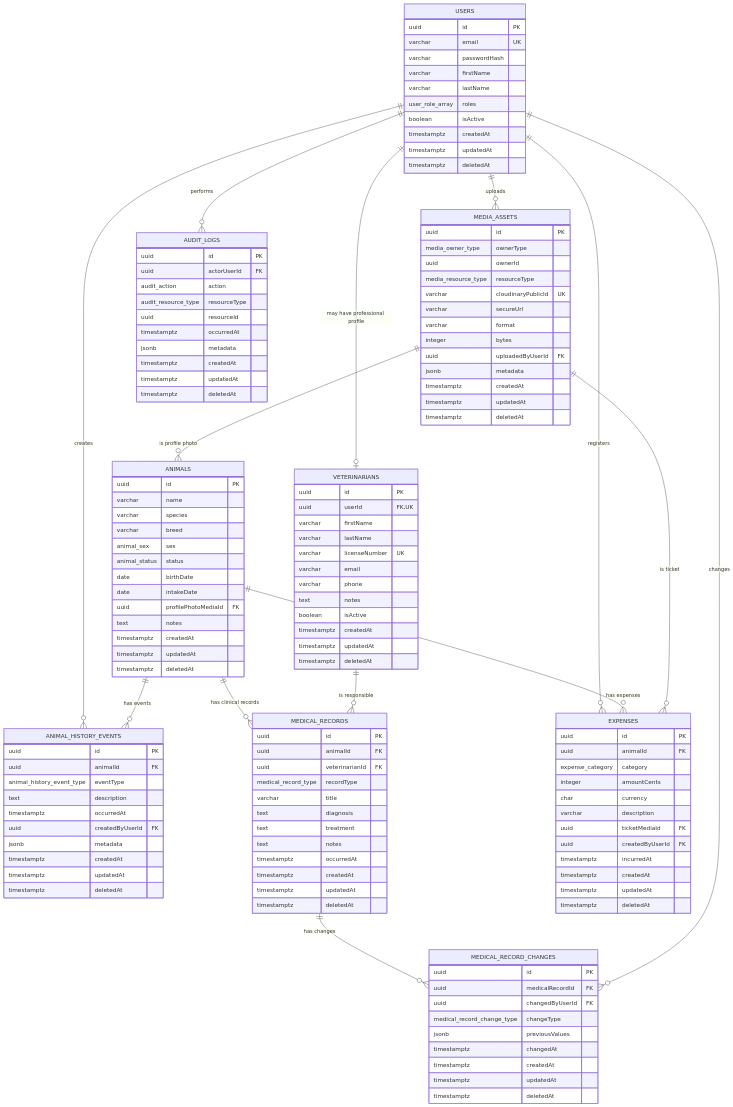
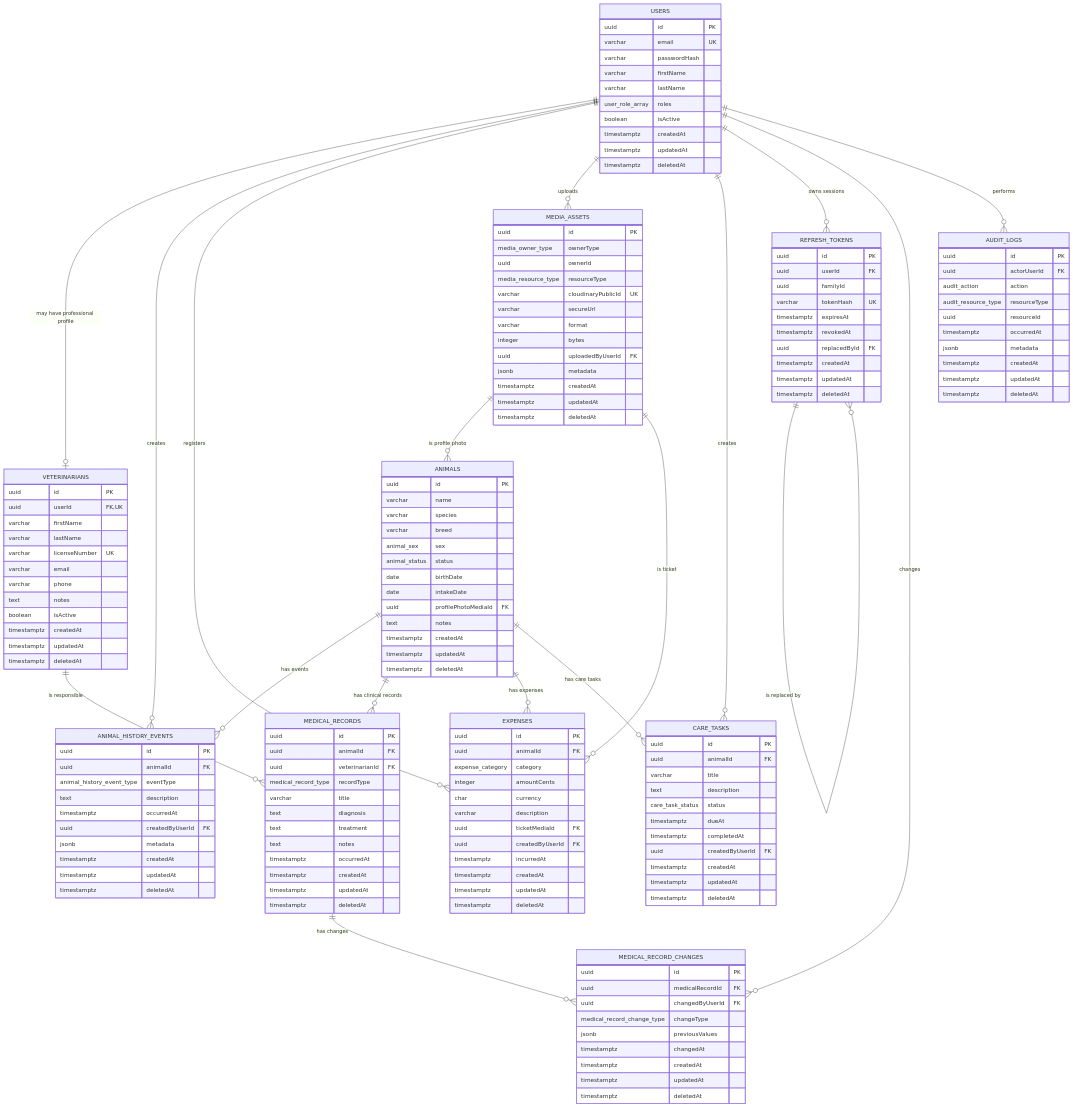
Before and after one commit to andresborregoit/refugiapp: the diagram in architecture.md, drawn with Mermaid. The commit also changed other lines of this file and 52 other files, not shown here.

Commit message:
Feat(BE):E2E de dashboard, care-tasks y rotación concurrente de refresh tokens.RFG-60

```diff
--- a/architecture.md
+++ b/architecture.md
@@ -782,6 +863,33 @@
         timestamptz deletedAt
     }
 
+    CARE_TASKS {
+        uuid id PK
+        uuid animalId FK
+        varchar title
+        text description
+        care_task_status status
+        timestamptz dueAt
+        timestamptz completedAt
+        uuid createdByUserId FK
+        timestamptz createdAt
+        timestamptz updatedAt
+        timestamptz deletedAt
+    }
+
+    REFRESH_TOKENS {
+        uuid id PK
+        uuid userId FK
+        uuid familyId
+        varchar tokenHash UK
+        timestamptz expiresAt
+        timestamptz revokedAt
+        uuid replacedById FK
+        timestamptz createdAt
+        timestamptz updatedAt
+        timestamptz deletedAt
+    }
+
     AUDIT_LOGS {
         uuid id PK
         uuid actorUserId FK
@@ -802,6 +910,10 @@
     ANIMALS ||--o{ ANIMAL_HISTORY_EVENTS : "has events"
     ANIMALS ||--o{ MEDICAL_RECORDS : "has clinical records"
     ANIMALS ||--o{ EXPENSES : "has expenses"
+    ANIMALS ||--o{ CARE_TASKS : "has care tasks"
+    USERS ||--o{ CARE_TASKS : "creates"
+    USERS ||--o{ REFRESH_TOKENS : "owns sessions"
+    REFRESH_TOKENS ||--o{ REFRESH_TOKENS : "is replaced by"
     MEDIA_ASSETS ||--o{ ANIMALS : "is profile photo"
     MEDIA_ASSETS ||--o{ EXPENSES : "is ticket"
     VETERINARIANS ||--o{ MEDICAL_RECORDS : "is responsible"
```
